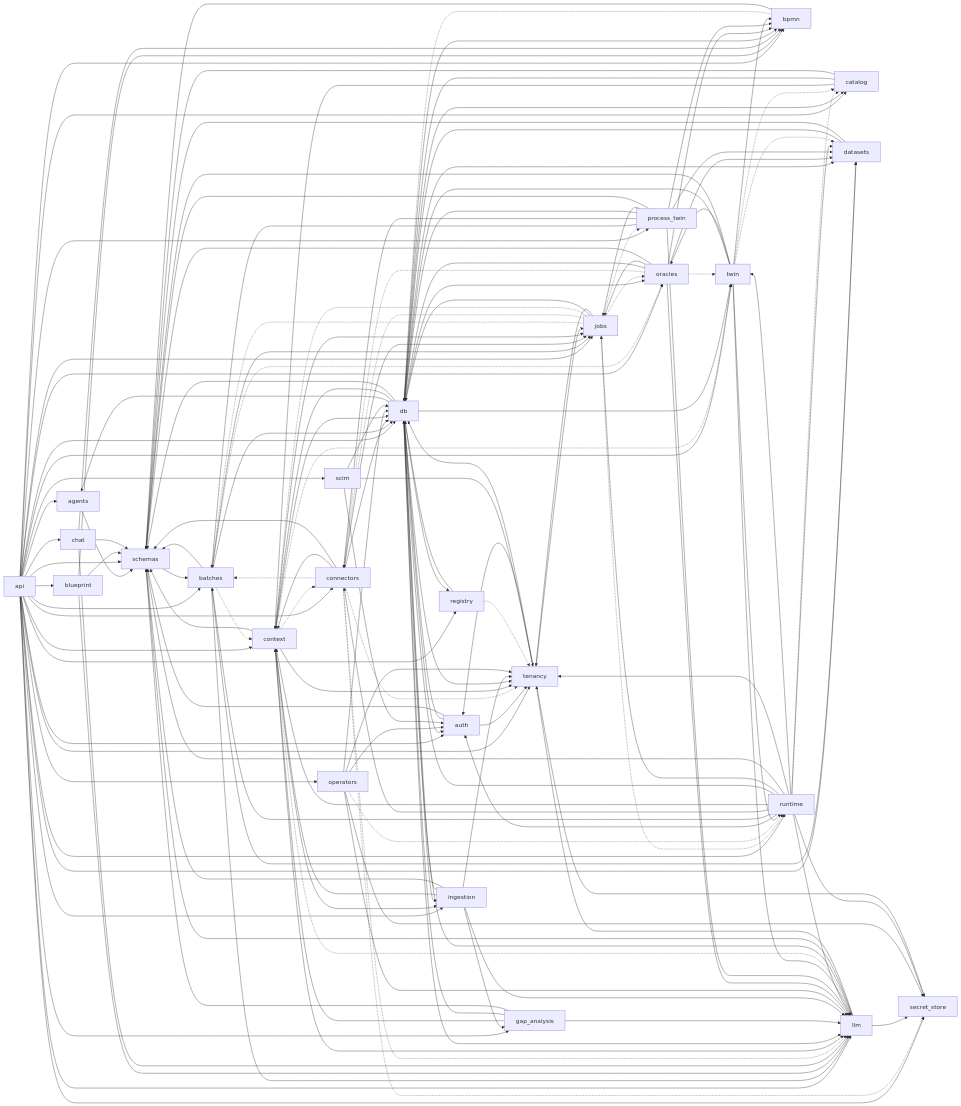
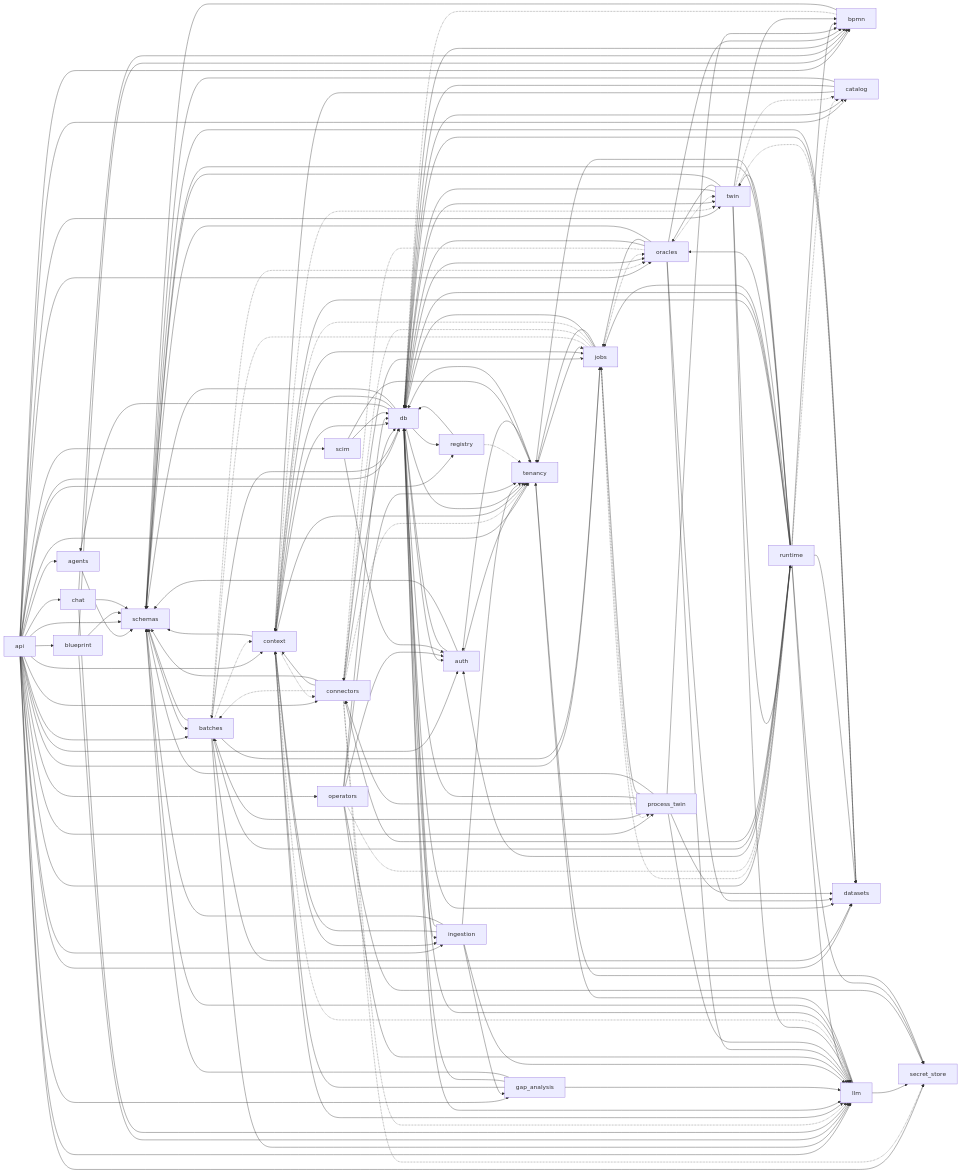
The third of 8 diagrams in docs/wiki/Architecture.md (jayendukumar/agentify), drawn with Mermaid before and after one commit. The commit also changed other lines of this file and 25 other files, not shown here.

```diff
--- a/docs/wiki/Architecture.md
+++ b/docs/wiki/Architecture.md
@@ -251,6 +251,7 @@
     registry -.-> tenancy
     runtime --> auth
     runtime --> batches
+    runtime --> bpmn
     runtime -.-> catalog
     runtime --> connectors
     runtime --> context
@@ -258,6 +259,7 @@
     runtime --> db
     runtime --> jobs
     runtime --> llm
+    runtime --> oracles
     runtime --> schemas
     runtime --> secret_store
     runtime --> tenancy
```
